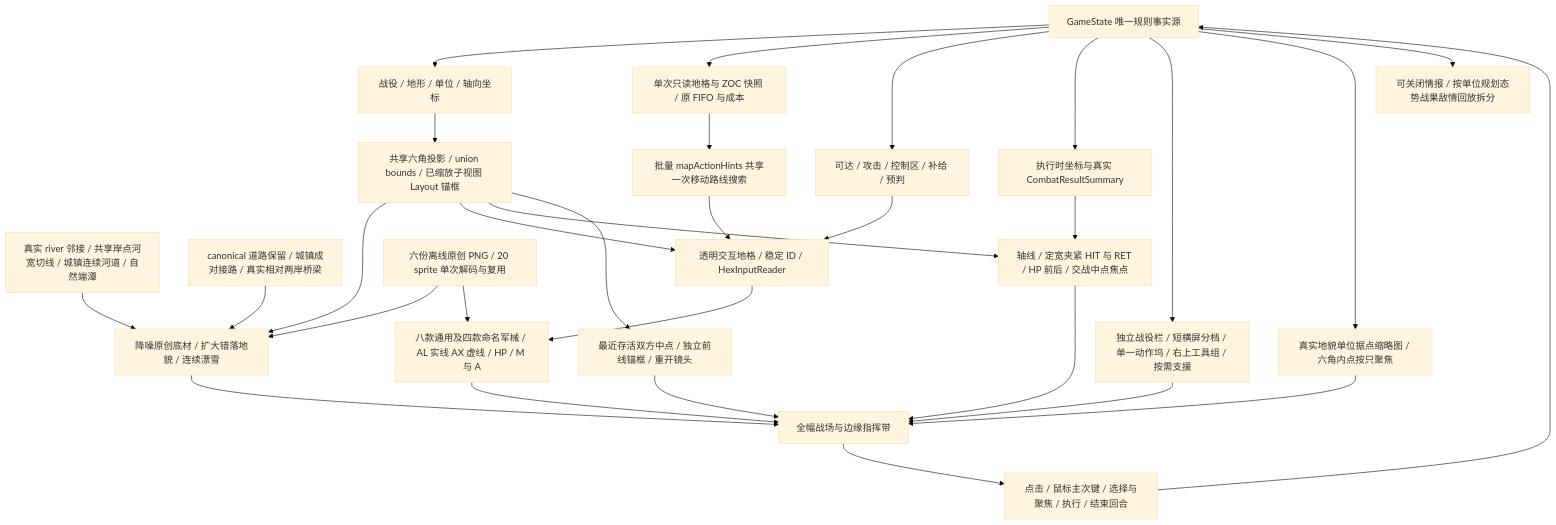
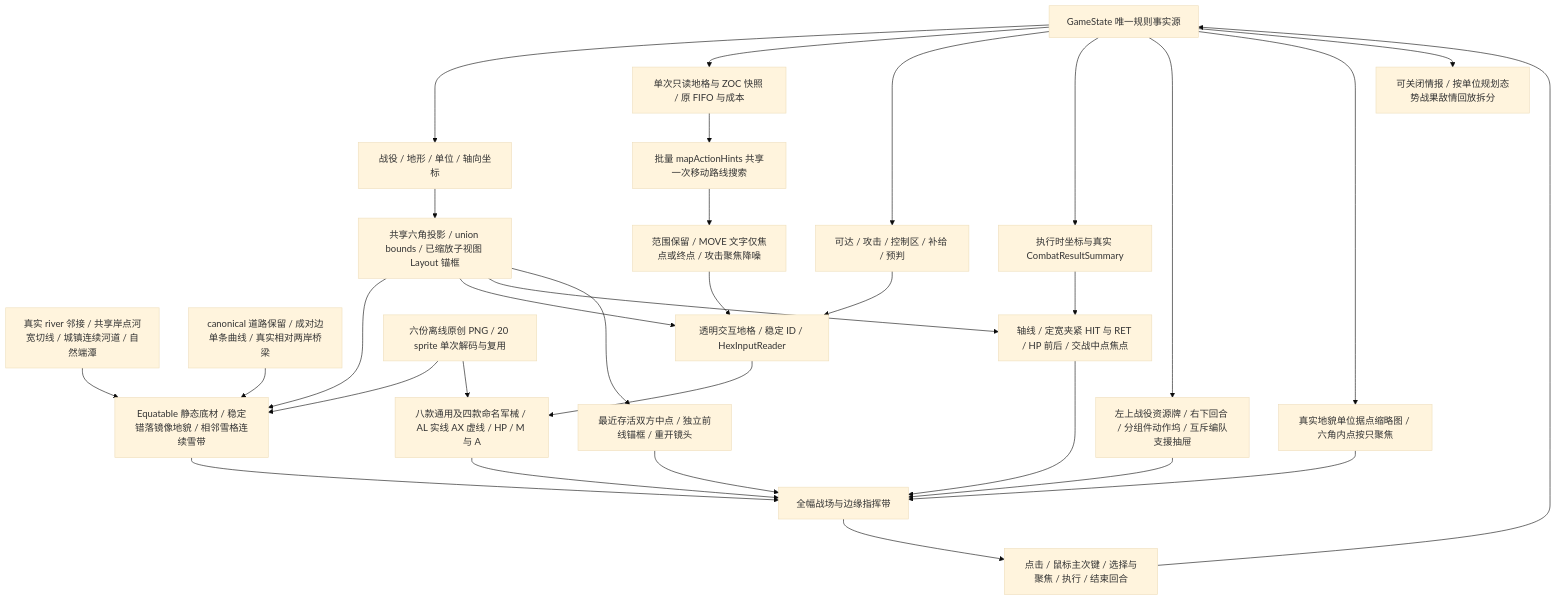
The first of 3 diagrams in md/flow/flowchart.md (Altman-sam114/116), drawn with Mermaid (base theme) before and after one commit. The commit also changed other lines of this file and 21 other files, not shown here.

````diff
--- a/md/flow/flowchart.md
+++ b/md/flow/flowchart.md
@@ -5,32 +5,33 @@
 ```mermaid
 flowchart TD
     State[GameState 唯一规则事实源] --> Models[战役 / 地形 / 单位 / 轴向坐标]
     Models --> Layout[共享六角投影 / union bounds / 已缩放子视图 Layout 锚框]
-    Layout --> Terrain[降噪原创底材 / 扩大错落地貌 / 连续漂雪]
+    Layout --> Terrain[Equatable 静态底材 / 稳定错落镜像地貌 / 相邻雪格连续雪带]
     River[真实 river 邻接 / 共享岸点河宽切线 / 城镇连续河道 / 自然端潭] --> Terrain
-    Infrastructure[canonical 道路保留 / 城镇成对接路 / 真实相对两岸桥梁] --> Terrain
+    Infrastructure[canonical 道路保留 / 成对边单条曲线 / 真实相对两岸桥梁] --> Terrain
     Layout --> Tiles[透明交互地格 / 稳定 ID / HexInputReader]
     State --> Routes[单次只读地格与 ZOC 快照 / 原 FIFO 与成本]
     Routes --> Hints[批量 mapActionHints 共享一次移动路线搜索]
-    Hints --> Tiles
+    Hints --> Markers[范围保留 / MOVE 文字仅焦点或终点 / 攻击聚焦降噪]
+    Markers --> Tiles
     State --> Rules[可达 / 攻击 / 控制区 / 补给 / 预判]
     Rules --> Tiles
     Artwork[六份离线原创 PNG / 20 sprite 单次解码与复用] --> Terrain
     Artwork --> Units[八款通用及四款命名军械 / AL 实线 AX 虚线 / HP / M 与 A]
     Tiles --> Units
     State --> Result[执行时坐标与真实 CombatResultSummary]
     Layout --> Feedback[轴线 / 定宽夹紧 HIT 与 RET / HP 前后 / 交战中点焦点]
     Result --> Feedback
     Terrain --> Screen[全幅战场与边缘指挥带]
     Units --> Screen
     Feedback --> Screen
-    State --> Deck[独立战役栏 / 短横屏分档 / 单一动作坞 / 右上工具组 / 按需支援]
+    State --> Deck[左上战役资源牌 / 右下回合 / 分组件动作坞 / 互斥编队支援抽屉]
     Deck --> Screen
     State --> Overview[真实地貌单位据点缩略图 / 六角内点按只聚焦]
     Overview --> Screen
     Layout --> Camera[最近存活双方中点 / 独立前线锚框 / 重开镜头]
     Camera --> Screen
     Screen --> Input[点击 / 鼠标主次键 / 选择与聚焦 / 执行 / 结束回合]
     Input --> State
     State --> Inspector[可关闭情报 / 按单位规划态势战果敌情回放拆分]
 ```
````
